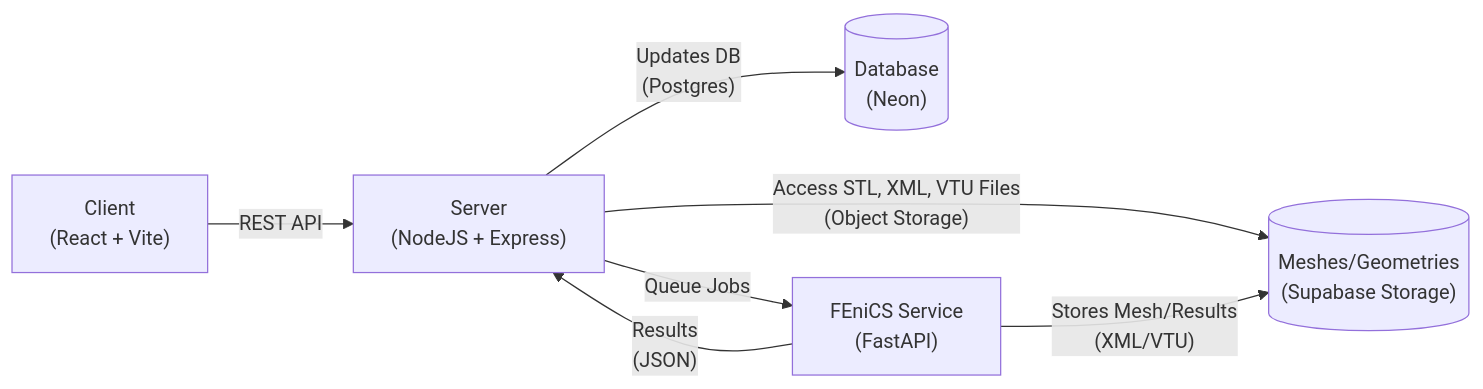
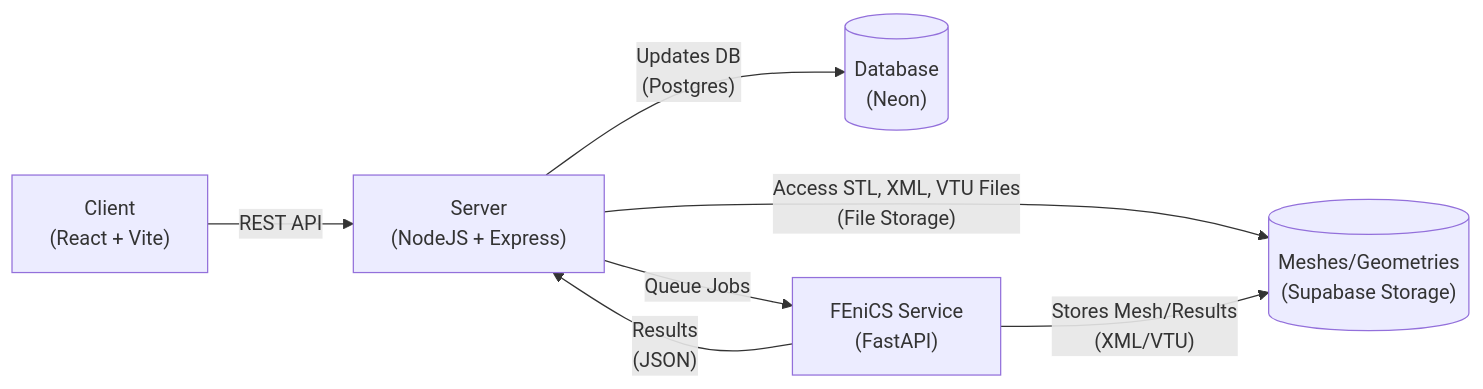
The diagram in README.md (freakbeast14/MaterialStressSimulator), drawn with Mermaid before and after one commit. The commit also changed other lines of this file, not shown here.

````diff
--- a/README.md
+++ b/README.md
@@ -29,9 +29,9 @@
 ```mermaid
 flowchart LR
     A["Client <br>(React + Vite)"] -- REST API --> B["Server<br>(NodeJS + Express)"]
     B -- Updates DB <br>(Postgres) --> C[("Database<br>(Neon)")]
-    B -- Access STL, XML, VTU Files <br>(Object Storage) --> D[("Meshes/Geometries<br>(Supabase Storage)")]
+    B -- Access STL, XML, VTU Files <br>(File Storage) --> D[("Meshes/Geometries<br>(Supabase Storage)")]
     B -- Queue Jobs --> E["FEniCS Service <br>(FastAPI)"]
     E -- Stores Mesh/Results<br>(XML/VTU) --> D
     E -- Results<br>(JSON) --> B
 ```
````
